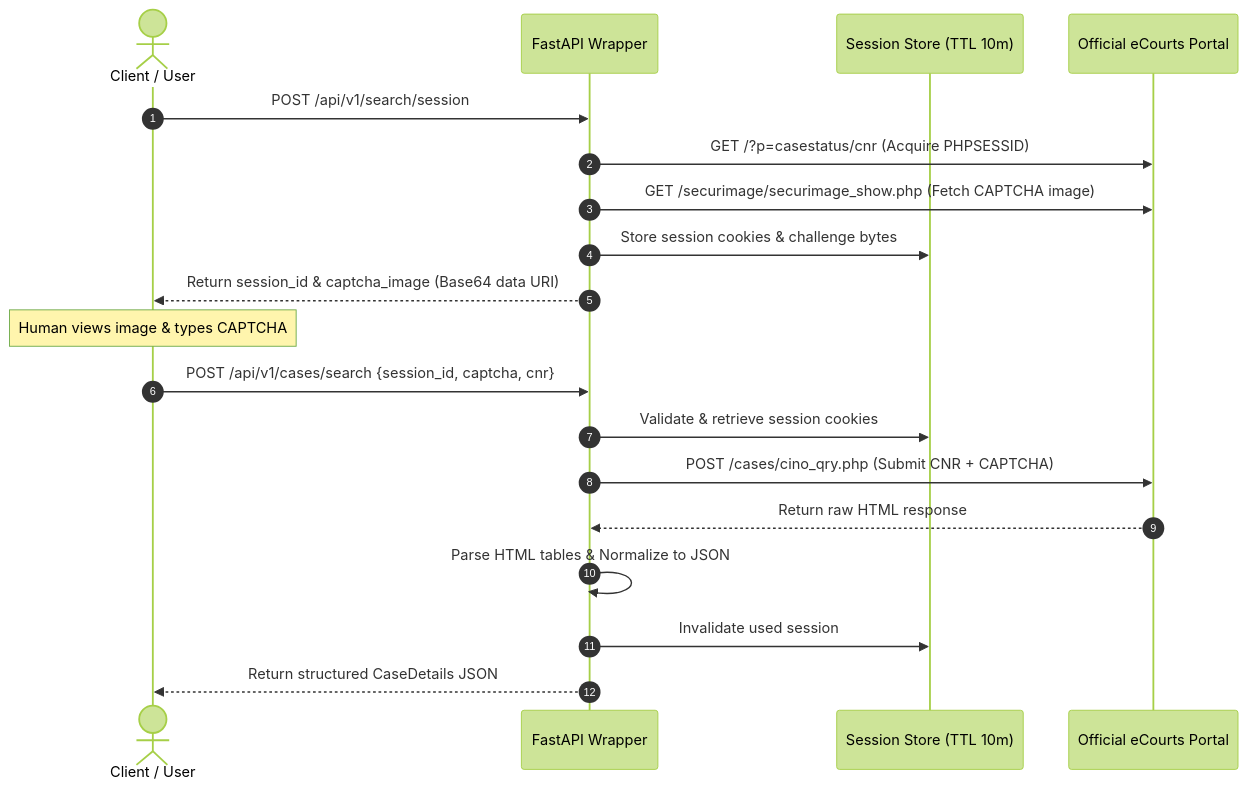
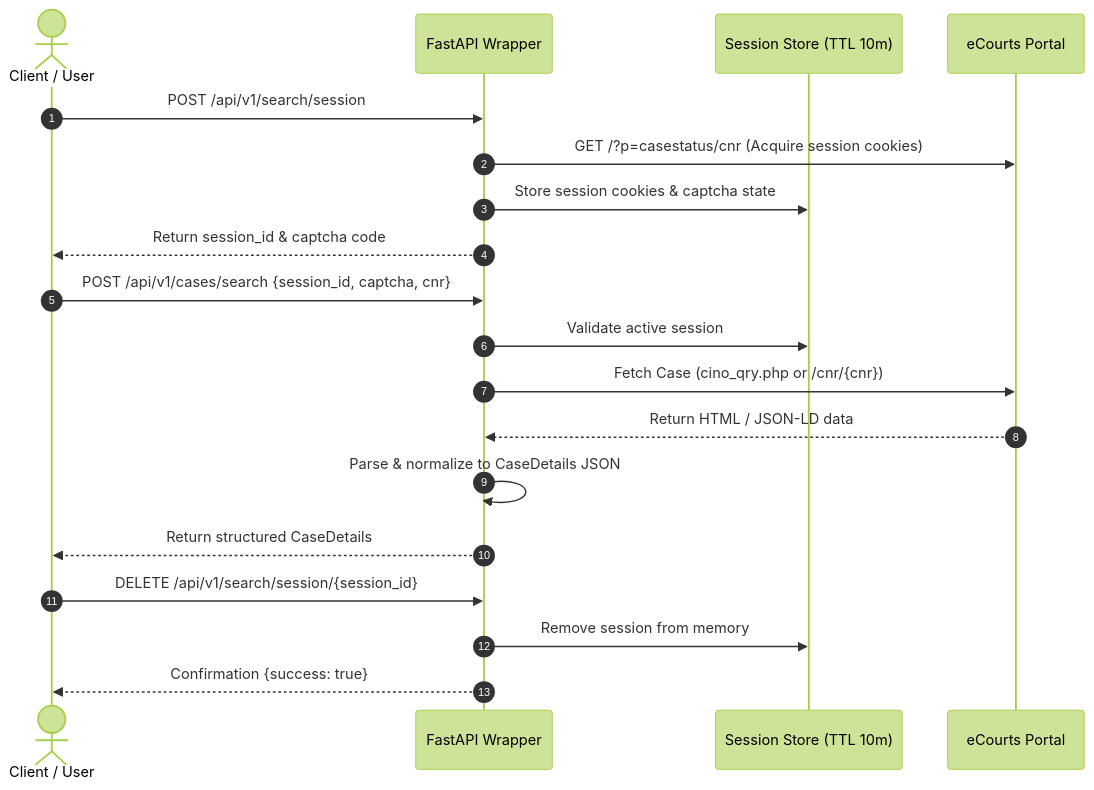
One commit to Avinashsarlana/ecourts-fastapi-wrapper changed the diagram in docs/ECOURTS_RESEARCH.md. Above: the diagram before and after it, drawn with Mermaid (forest theme). The commit also changed other lines of this file and 1 other file, not shown here.

Commit message:
docs: update README and research docs with eCourts India, multi-court CNR support & session termination

````diff
--- a/docs/ECOURTS_RESEARCH.md
+++ b/docs/ECOURTS_RESEARCH.md
@@ -90,24 +101,24 @@
 ```mermaid
 sequenceDiagram
     autonumber
     actor User as Client / User
     participant API as FastAPI Wrapper
     participant Store as Session Store (TTL 10m)
-    participant eCourts as Official eCourts Portal
+    participant Portal as eCourts Portal
 
     User->>API: POST /api/v1/search/session
-    API->>eCourts: GET /?p=casestatus/cnr (Acquire PHPSESSID)
-    API->>eCourts: GET /securimage/securimage_show.php (Fetch CAPTCHA image)
-    API->>Store: Store session cookies & challenge bytes
-    API-->>User: Return session_id & captcha_image (Base64 data URI)
-    
-    Note over User: Human views image & types CAPTCHA
+    API->>Portal: GET /?p=casestatus/cnr (Acquire session cookies)
+    API->>Store: Store session cookies & captcha state
+    API-->>User: Return session_id & captcha code
     
     User->>API: POST /api/v1/cases/search {session_id, captcha, cnr}
-    API->>Store: Validate & retrieve session cookies
-    API->>eCourts: POST /cases/cino_qry.php (Submit CNR + CAPTCHA)
-    eCourts-->>API: Return raw HTML response
-    API->>API: Parse HTML tables & Normalize to JSON
-    API->>Store: Invalidate used session
-    API-->>User: Return structured CaseDetails JSON
+    API->>Store: Validate active session
+    API->>Portal: Fetch Case (cino_qry.php or /cnr/{cnr})
+    Portal-->>API: Return HTML / JSON-LD data
+    API->>API: Parse & normalize to CaseDetails JSON
+    API-->>User: Return structured CaseDetails
+    
+    User->>API: DELETE /api/v1/search/session/{session_id}
+    API->>Store: Remove session from memory
+    API-->>User: Confirmation {success: true}
 ```
````
